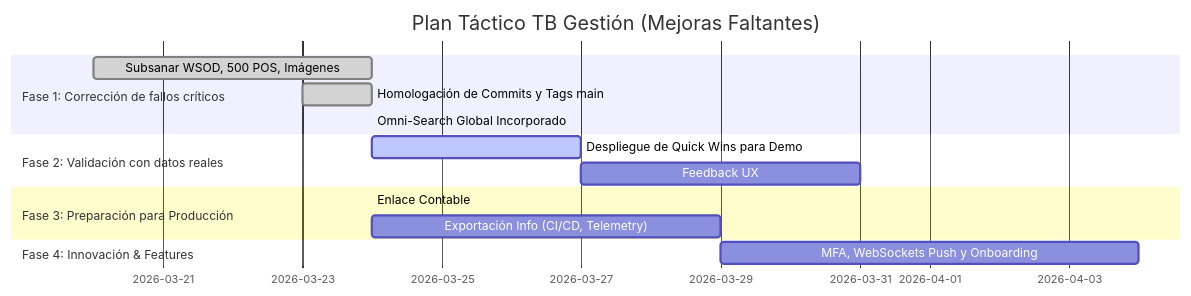
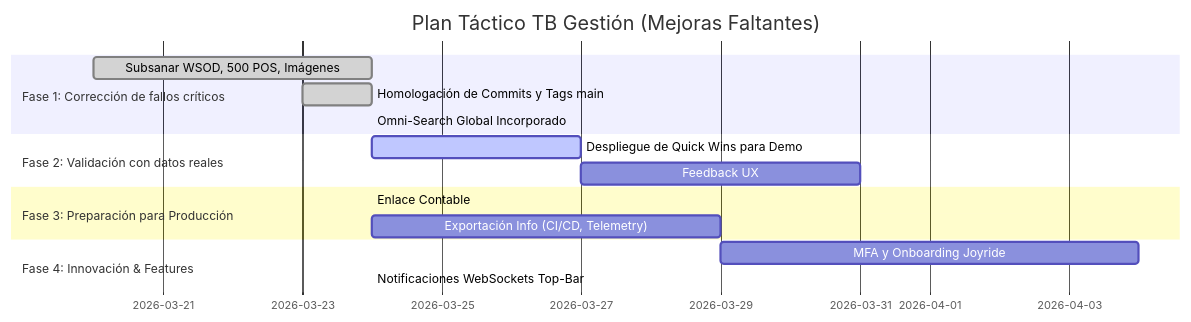
The diagram in docs/ROADMAP.md (blackhout12-bot/Sistema-StockPro), drawn with Mermaid before and after one commit. The commit also changed other lines of this file and 6 other files, not shown here.

Commit message:
feat: notificaciones Top-bar en tiempo real via WebSockets

````diff
--- a/docs/ROADMAP.md
+++ b/docs/ROADMAP.md
@@ -36,21 +36,22 @@
 ```mermaid
 gantt
     title Plan Táctico TB Gestión (Mejoras Faltantes)
     dateFormat  YYYY-MM-DD
     
     section Fase 1: Corrección de fallos críticos
     Subsanar WSOD, 500 POS, Imágenes       :done, f1, 2026-03-20, 2026-03-24
     Homologación de Commits y Tags main    :done, f2, 2026-03-23, 2026-03-24
     Omni-Search Global Incorporado         :done, f25, 2026-03-24, 2026-03-24
     
     section Fase 2: Validación con datos reales
     Despliegue de Quick Wins para Demo     :active, f3, 2026-03-24, 3d
     Feedback UX                            :f4, after f3, 4d
     
     section Fase 3: Preparación para Producción
     Enlace Contable                        :done, f30, 2026-03-24, 2026-03-24
     Exportación Info (CI/CD, Telemetry)    :f4, after f30, 5d
     
     section Fase 4: Innovación & Features
-    MFA, WebSockets Push y Onboarding      :f5, after f4, 6d
+    MFA y Onboarding Joyride               :f5, after f4, 6d
+    Notificaciones WebSockets Top-Bar      :done, f30, 2026-03-24, 2026-03-24
 ```
````
